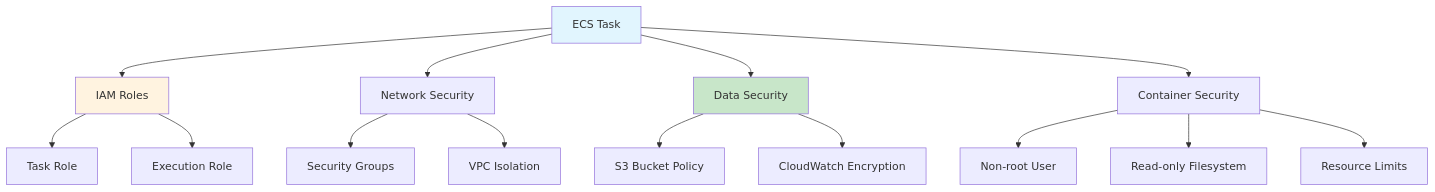
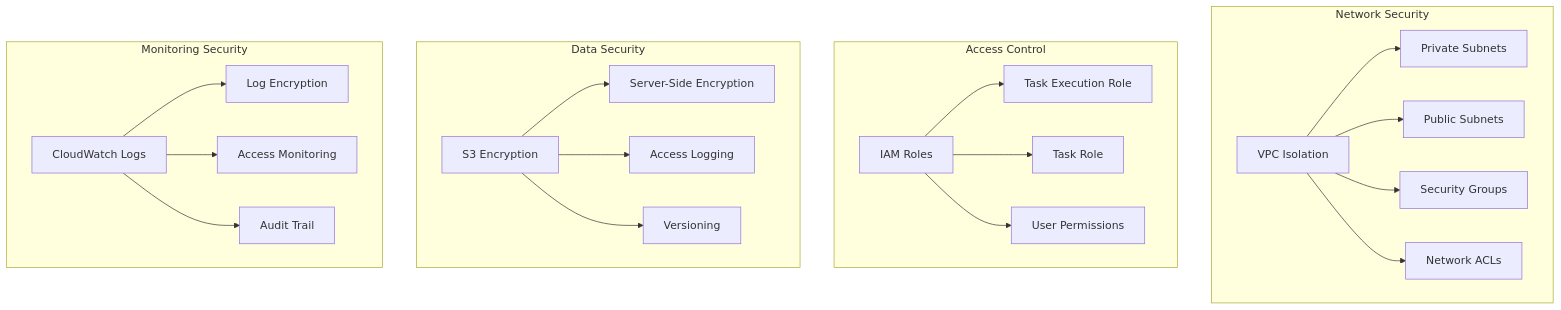
Before and after one commit to stprojects3006/aflow-app: the eighth of 11 diagrams in testing-projects/iploads-with-k6-container/SOLUTION_ARCHITECTURE.md, drawn with Mermaid. The commit also changed other lines of this file and 39 other files, not shown here.

````diff
--- a/testing-projects/iploads-with-k6-container/SOLUTION_ARCHITECTURE.md
+++ b/testing-projects/iploads-with-k6-container/SOLUTION_ARCHITECTURE.md
@@ -413,23 +581,27 @@
 ```mermaid
 flowchart TD
-    A[ECS Task] --> B[IAM Roles]
-    B --> C[Task Role]
-    B --> D[Execution Role]
+    subgraph "Network Security"
+        A[VPC Isolation] --> B[Private Subnets]
+        A --> C[Public Subnets]
+        A --> D[Security Groups]
+        A --> E[Network ACLs]
+    end
     
-    A --> E[Network Security]
-    E --> F[Security Groups]
-    E --> G[VPC Isolation]
+    subgraph "Access Control"
+        F[IAM Roles] --> G[Task Execution Role]
+        F --> H[Task Role]
+        F --> I[User Permissions]
+    end
     
-    A --> H[Data Security]
-    H --> I[S3 Bucket Policy]
-    H --> J[CloudWatch Encryption]
+    subgraph "Data Security"
+        J[S3 Encryption] --> K[Server-Side Encryption]
+        J --> L[Access Logging]
+        J --> M[Versioning]
+    end
     
-    A --> K[Container Security]
-    K --> L[Non-root User]
-    K --> M[Read-only Filesystem]
-    K --> N[Resource Limits]
-    
-    style A fill:#e1f5fe
-    style B fill:#fff3e0
-    style H fill:#c8e6c9
+    subgraph "Monitoring Security"
+        N[CloudWatch Logs] --> O[Log Encryption]
+        N --> P[Access Monitoring]
+        N --> Q[Audit Trail]
+    end
 ```
````
